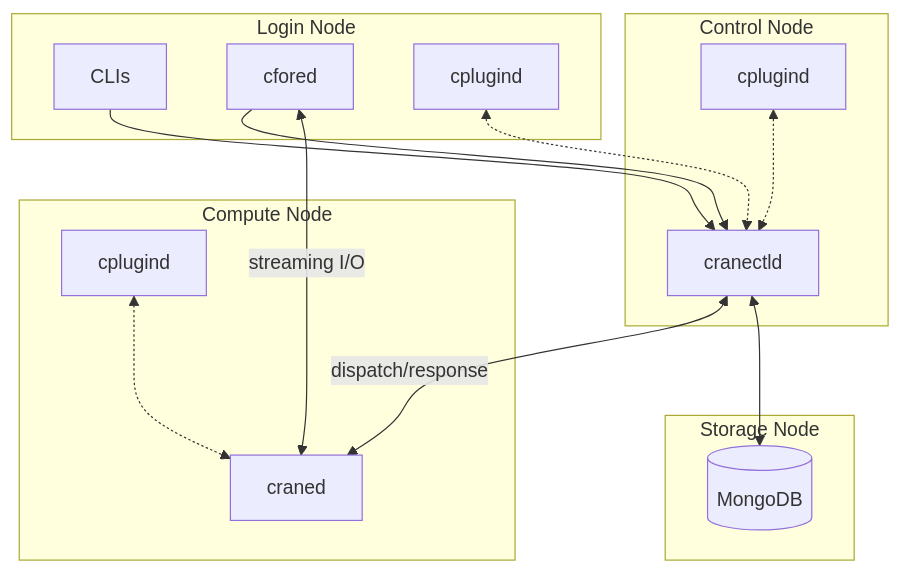
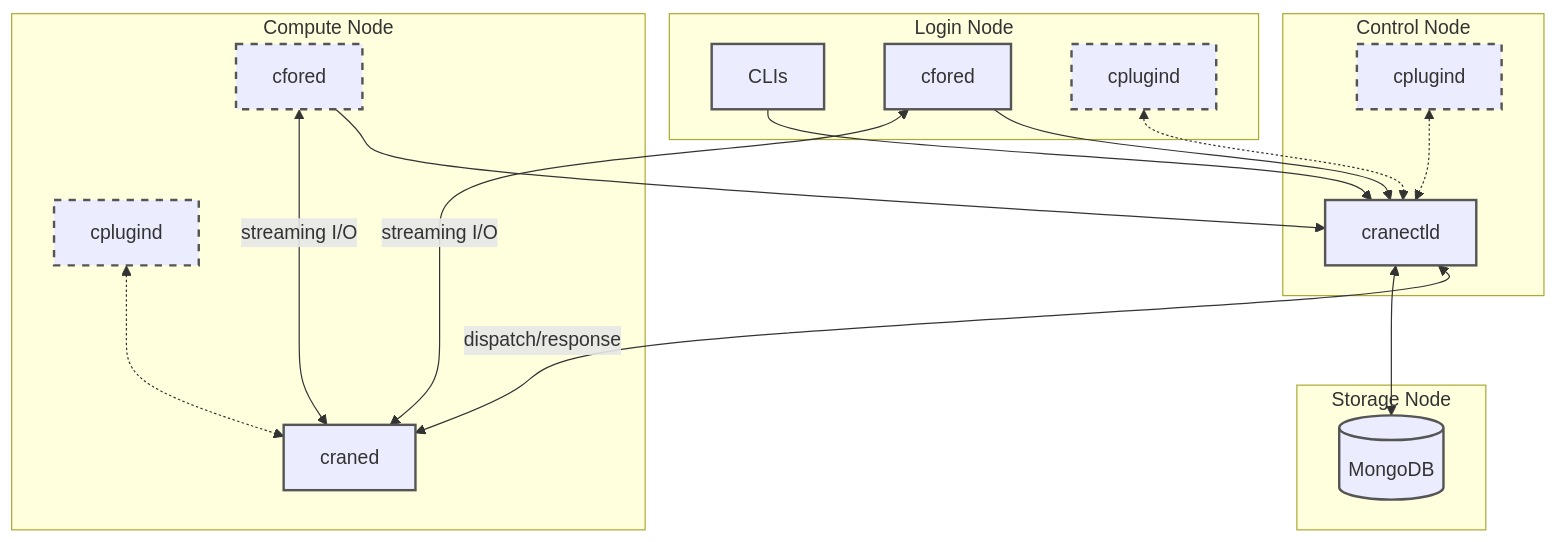
Before and after one commit to PKUHPC/CraneSched: the diagram in docs/en/deployment/index.md, drawn with Mermaid. The commit also changed other lines of this file and 1 other file, not shown here.

Commit message:
docs: Update deployment guide to clarify optional components and their usage

````diff
--- a/docs/en/deployment/index.md
+++ b/docs/en/deployment/index.md
@@ -20,34 +24,55 @@
 ```mermaid
 graph TB
+    %% === Node Definitions ===
     subgraph Login Node
         CLIs[CLIs]
         cfored_login[cfored]
         cplugind_login[cplugind]
     end
 
     subgraph Control Node
         cranectld[cranectld]
         cplugind_ctrl[cplugind]
     end
 
     subgraph Compute Node
         craned[craned]
+        cfored_compute[cfored]
         cplugind_compute[cplugind]
     end
 
     subgraph Storage Node
         mongodb[(MongoDB)]
     end
 
-    %% Communication
+    %% === Communication ===
     CLIs --> cranectld
     cfored_login --> cranectld
     cfored_login <-->|streaming I/O| craned
+    cfored_compute --> cranectld
+    cfored_compute <-->|streaming I/O| craned
     cranectld <-->|dispatch/response| craned
     cranectld <--> mongodb
 
     %% Plugin connections
     cplugind_ctrl <-.-> cranectld
     cplugind_login <-.-> cranectld
     cplugind_compute <-.-> craned
+
+    %% === Style Definitions ===
+    %% Required components: dark gray solid border
+    classDef required stroke:#555,stroke-width:2px;
+
+    %% Optional components: dark gray dashed border
+    classDef optional stroke:#555,stroke-dasharray: 6 6, stroke-width:2px;
+
+    %% Specify optional components (all cplugind)
+    class cplugind_login optional;
+    class cplugind_ctrl optional;
+    class cplugind_compute optional;
+    class cfored_compute optional;
+
+    %% All others are required components
+    class CLIs,cfored_login,cranectld,craned,mongodb required;
+
 ```
````
